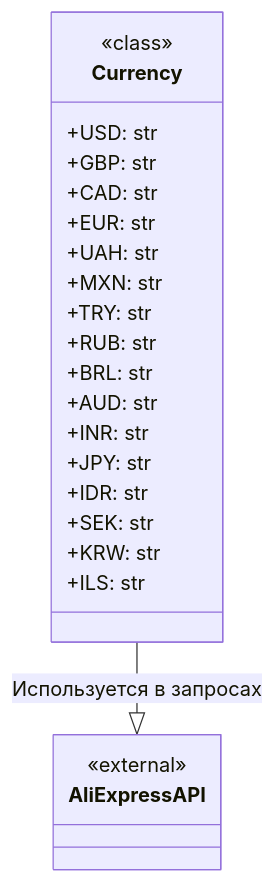
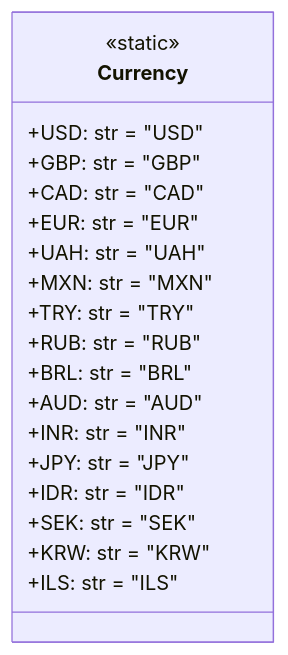
The diagram in docs/gemini/ru/explainer/src/suppliers/aliexpress/api/models/currencies.py.md (hypo69/hypo), drawn with Mermaid before and after one commit. The commit also changed other lines of this file and 223 other files, not shown here.

````diff
--- a/docs/gemini/ru/explainer/src/suppliers/aliexpress/api/models/currencies.py.md
+++ b/docs/gemini/ru/explainer/src/suppliers/aliexpress/api/models/currencies.py.md
@@ -14,27 +15,22 @@
 ```mermaid
 classDiagram
     class Currency {
-        <<class>>
-        +USD: str
-        +GBP: str
-        +CAD: str
-        +EUR: str
-        +UAH: str
-        +MXN: str
-        +TRY: str
-        +RUB: str
-        +BRL: str
-        +AUD: str
-        +INR: str
-        +JPY: str
-        +IDR: str
-        +SEK: str
-        +KRW: str
-        +ILS: str
+        <<static>>
+        +USD: str = "USD"
+        +GBP: str = "GBP"
+        +CAD: str = "CAD"
+        +EUR: str = "EUR"
+        +UAH: str = "UAH"
+        +MXN: str = "MXN"
+        +TRY: str = "TRY"
+        +RUB: str = "RUB"
+        +BRL: str = "BRL"
+        +AUD: str = "AUD"
+        +INR: str = "INR"
+        +JPY: str = "JPY"
+        +IDR: str = "IDR"
+        +SEK: str = "SEK"
+        +KRW: str = "KRW"
+        +ILS: str = "ILS"
     }
-    class AliExpressAPI {
-        <<external>>
-    }
-    Currency --|> AliExpressAPI : Используется в запросах
-
 ```
````
